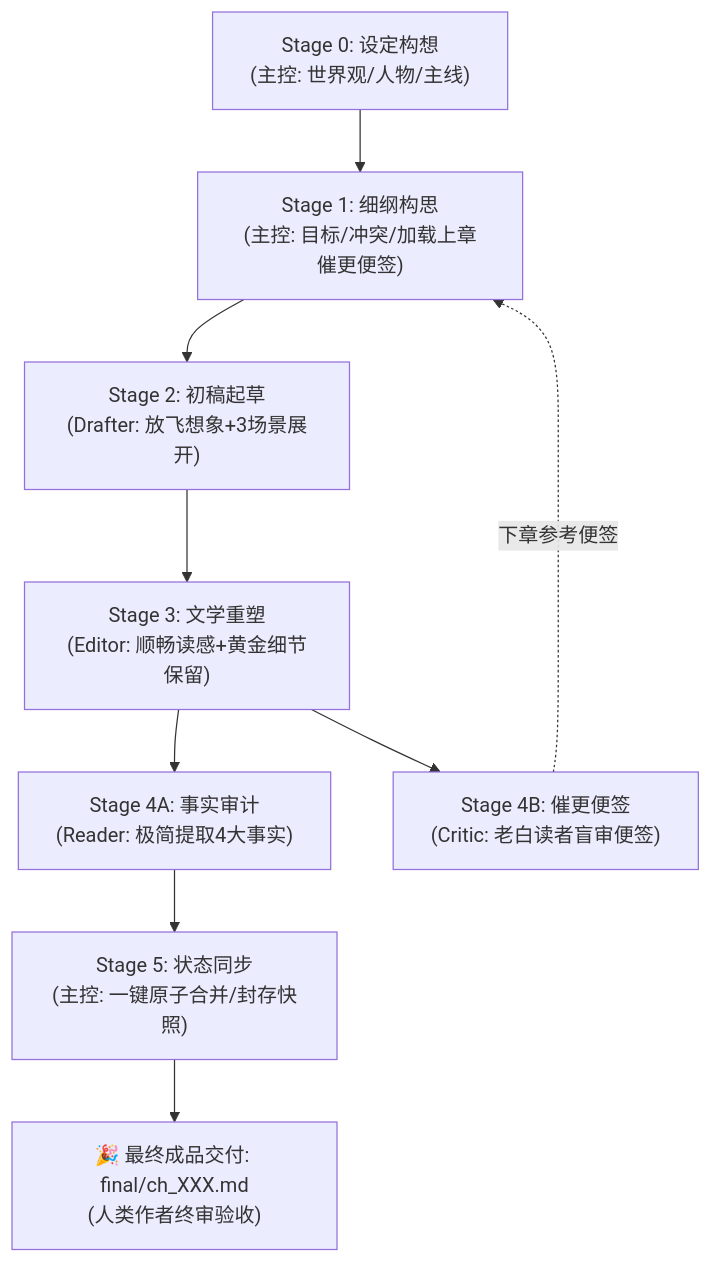
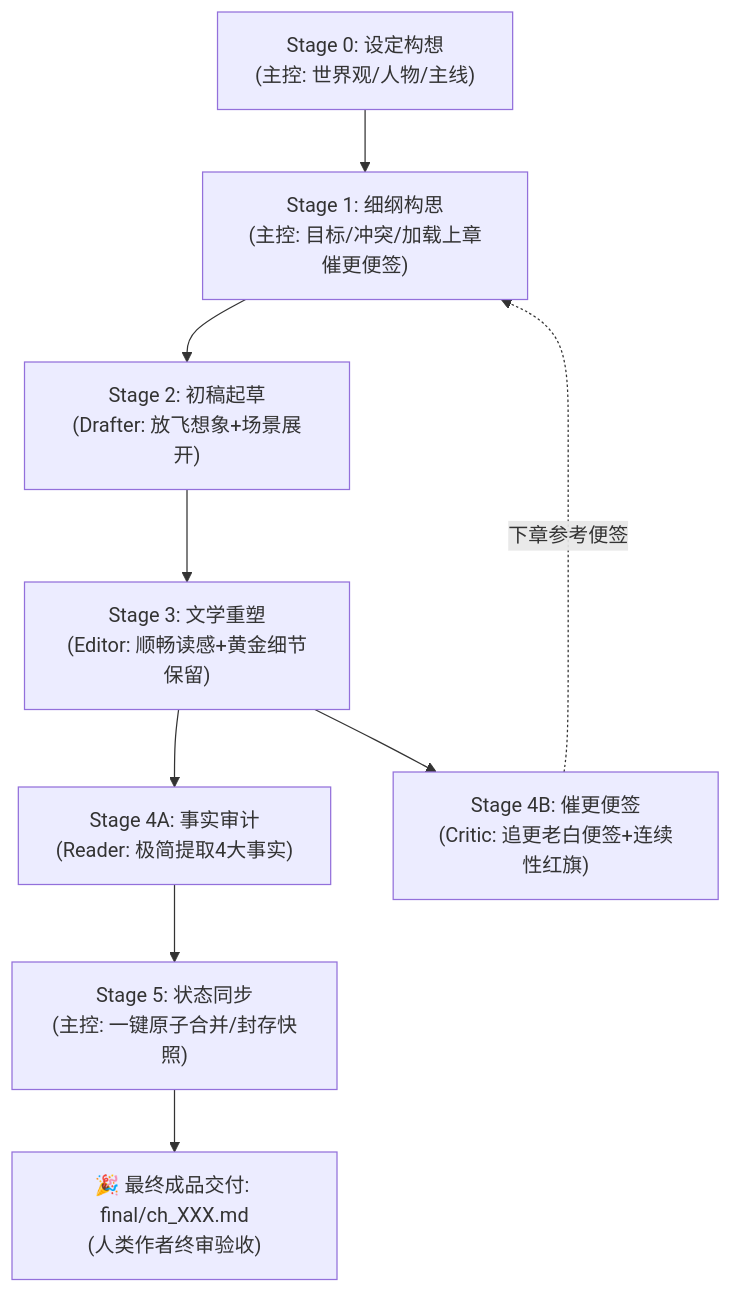
Before and after one commit to cg110902/NOVEL: the diagram in AGENTS.md, drawn with Mermaid. The commit also changed other lines of this file and 40 other files, not shown here.

````diff
--- a/AGENTS.md
+++ b/AGENTS.md
@@ -63,11 +35,11 @@
 ```mermaid
 graph TD
     S0["Stage 0: 设定构想<br/>(主控: 世界观/人物/主线)"] --> S1["Stage 1: 细纲构思<br/>(主控: 目标/冲突/加载上章催更便签)"]
-    S1 --> S2["Stage 2: 初稿起草<br/>(Drafter: 放飞想象+3场景展开)"]
+    S1 --> S2["Stage 2: 初稿起草<br/>(Drafter: 放飞想象+场景展开)"]
     S2 --> S3["Stage 3: 文学重塑<br/>(Editor: 顺畅读感+黄金细节保留)"]
     S3 --> S4A["Stage 4A: 事实审计<br/>(Reader: 极简提取4大事实)"]
-    S3 --> S4B["Stage 4B: 催更便签<br/>(Critic: 老白读者盲审便签)"]
+    S3 --> S4B["Stage 4B: 催更便签<br/>(Critic: 追更老白便签+连续性红旗)"]
     S4A --> S5["Stage 5: 状态同步<br/>(主控: 一键原子合并/封存快照)"]
     S4B -. "下章参考便签" .-> S1
     S5 --> S6["🎉 最终成品交付: final/ch_XXX.md<br/>(人类作者终审验收)"]
 ```
````
